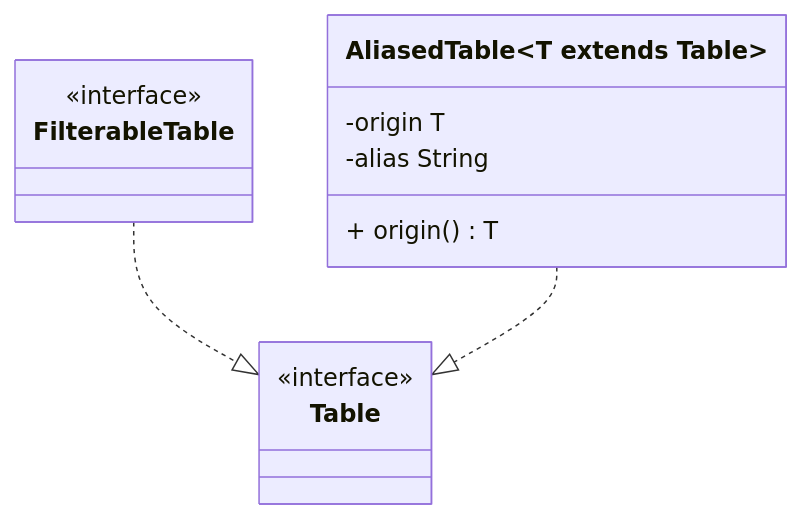
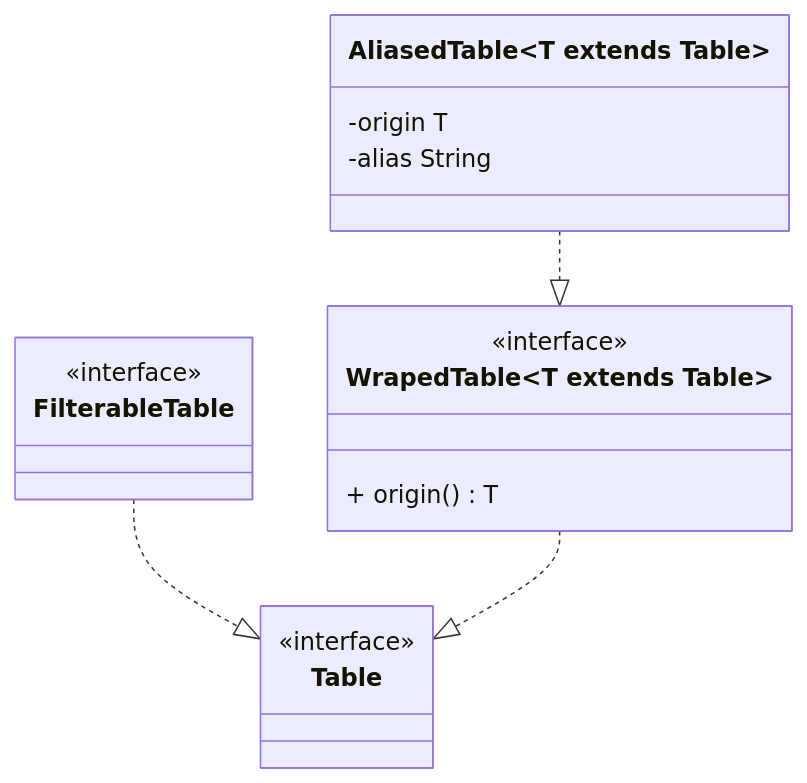
The first of 10 diagrams in docs/domain.md (safarislava/QueryBricks), drawn with Mermaid before and after one commit. The commit also changed other lines of this file, not shown here.

Commit message:
docs: Add interface for origin method

````diff
--- a/docs/domain.md
+++ b/docs/domain.md
@@ -1,18 +1,23 @@
 ```mermaid
 classDiagram
     class Table {
         <<interface>>
     }
 
     class FilterableTable {
         <<interface>>
     }
     FilterableTable ..|> Table
 
+    class WrapedTable~T extends Table~ {
+        <<interface>>
+        + origin() T
+    }
+    WrapedTable ..|> Table
+
     class AliasedTable~T extends Table~ {
         -origin T
         -alias String
-        + origin() T
     }
-    AliasedTable ..|> Table
+    AliasedTable ..|> WrapedTable~T~
 ```
````
